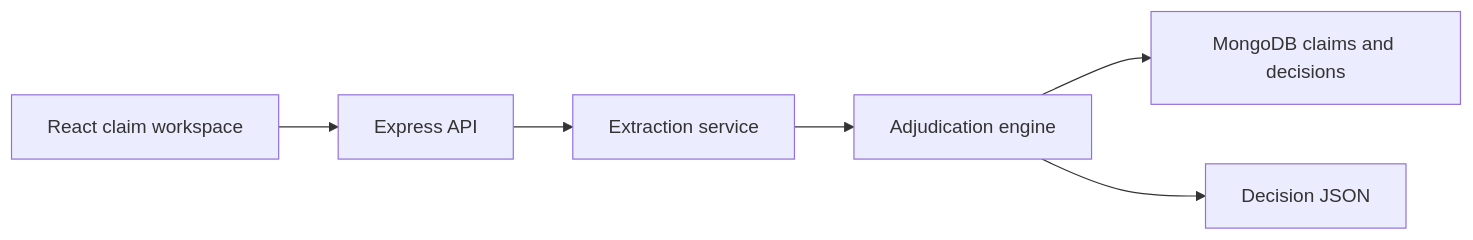
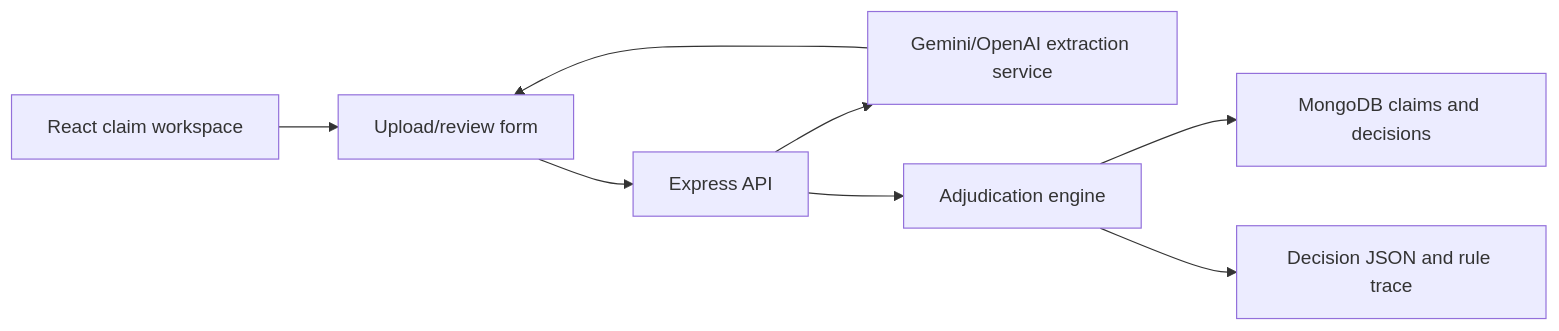
One commit to Tejesh2005/opd-adjudicator changed the diagram in docs/architecture.md. Above: the diagram before and after it, drawn with Mermaid. The commit also changed other lines of this file and 4 other files, not shown here.

````diff
--- a/docs/architecture.md
+++ b/docs/architecture.md
@@ -3,8 +3,10 @@
 ```mermaid
 flowchart LR
-  A["React claim workspace"] --> B["Express API"]
-  B --> C["Extraction service"]
-  C --> D["Adjudication engine"]
-  D --> E["MongoDB claims and decisions"]
-  D --> F["Decision JSON"]
+  A["React claim workspace"] --> B["Upload/review form"]
+  B --> C["Express API"]
+  C --> D["Gemini/OpenAI extraction service"]
+  D --> B
+  C --> E["Adjudication engine"]
+  E --> F["MongoDB claims and decisions"]
+  E --> G["Decision JSON and rule trace"]
 ```
````
